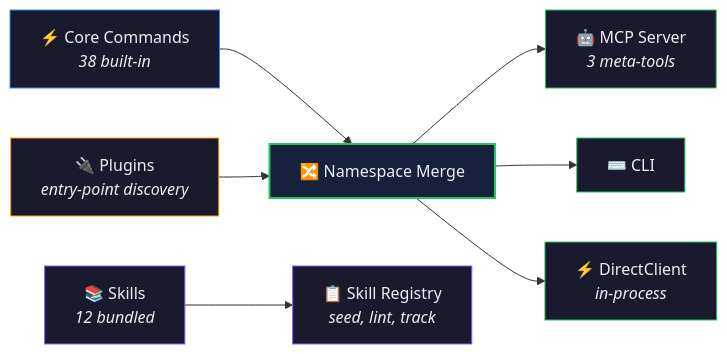
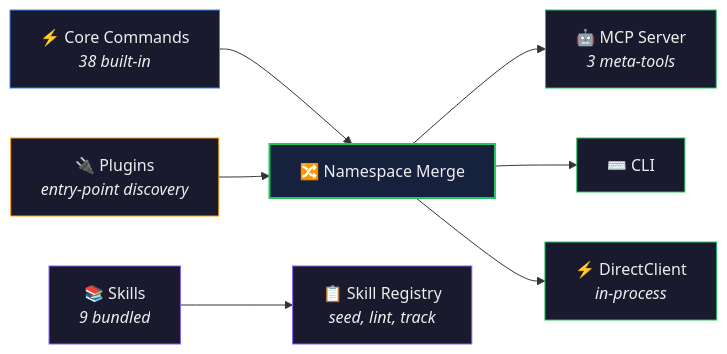
The fourth of 4 diagrams in endpoints/botcore/README.md (lushly-dev/afd), drawn with Mermaid before and after one commit. The commit also changed other lines of this file and 115 other files, not shown here.

````diff
--- a/endpoints/botcore/README.md
+++ b/endpoints/botcore/README.md
@@ -126,24 +126,24 @@
 ```mermaid
 graph LR
     Core["⚡ Core Commands<br/><em>38 built-in</em>"]
     Plugins["🔌 Plugins<br/><em>entry-point discovery</em>"]
-    Skills["📚 Skills<br/><em>12 bundled</em>"]
+    Skills["📚 Skills<br/><em>9 bundled</em>"]
 
     Core --> NS["🔀 Namespace Merge"]
     Plugins --> NS
 
     NS --> MCP["🤖 MCP Server<br/><em>3 meta-tools</em>"]
     NS --> CLI["⌨️ CLI"]
     NS --> DC["⚡ DirectClient<br/><em>in-process</em>"]
 
     Skills --> Seed["📋 Skill Registry<br/><em>seed, lint, track</em>"]
 
     style Core fill:#1a1a2e,stroke:#3b82f6,color:#eee
     style Plugins fill:#1a1a2e,stroke:#f59e0b,color:#eee
     style Skills fill:#1a1a2e,stroke:#8B5CF6,color:#eee
     style NS fill:#16213e,stroke:#22c55e,stroke-width:2px,color:#eee
     style MCP fill:#1a1a2e,stroke:#22c55e,color:#eee
     style CLI fill:#1a1a2e,stroke:#22c55e,color:#eee
     style DC fill:#1a1a2e,stroke:#22c55e,color:#eee
     style Seed fill:#1a1a2e,stroke:#8B5CF6,color:#eee
 ```
````
